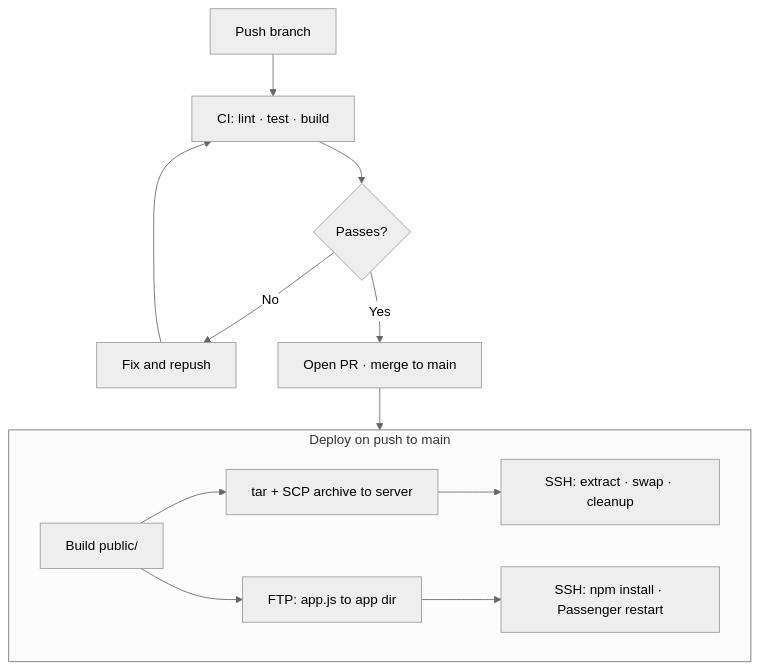
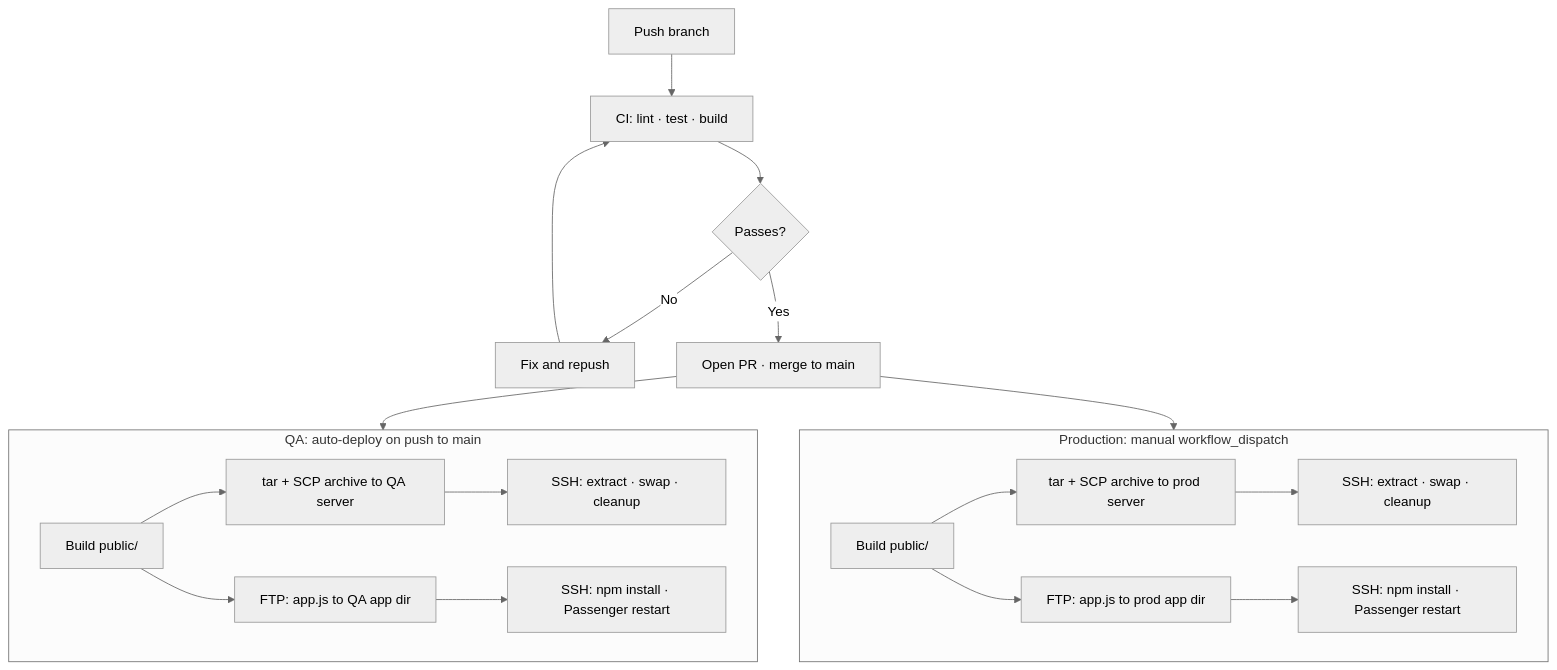
One commit to moggleif/sbsommar changed the diagram in docs/04-OPERATIONS.md. Above: the diagram before and after it, drawn with Mermaid (neutral theme). The commit also changed other lines of this file and 3 other files, not shown here.

````diff
--- a/docs/04-OPERATIONS.md
+++ b/docs/04-OPERATIONS.md
@@ -111,16 +115,24 @@
 ```mermaid
 flowchart TD
     A[Push branch] --> B[CI: lint · test · build]
     B --> C{Passes?}
     C -- No --> D[Fix and repush]
     D --> B
     C -- Yes --> E[Open PR · merge to main]
     E --> F
+    E --> G
 
-    subgraph F [Deploy on push to main]
-        G[Build public/] --> H[tar + SCP archive to server]
-        H --> K[SSH: extract · swap · cleanup]
-        G --> I[FTP: app.js to app dir]
-        I --> J[SSH: npm install · Passenger restart]
+    subgraph F [QA: auto-deploy on push to main]
+        F1[Build public/] --> F2[tar + SCP archive to QA server]
+        F2 --> F3[SSH: extract · swap · cleanup]
+        F1 --> F4[FTP: app.js to QA app dir]
+        F4 --> F5[SSH: npm install · Passenger restart]
+    end
+
+    subgraph G [Production: manual workflow_dispatch]
+        G1[Build public/] --> G2[tar + SCP archive to prod server]
+        G2 --> G3[SSH: extract · swap · cleanup]
+        G1 --> G4[FTP: app.js to prod app dir]
+        G4 --> G5[SSH: npm install · Passenger restart]
     end
 ```
````
